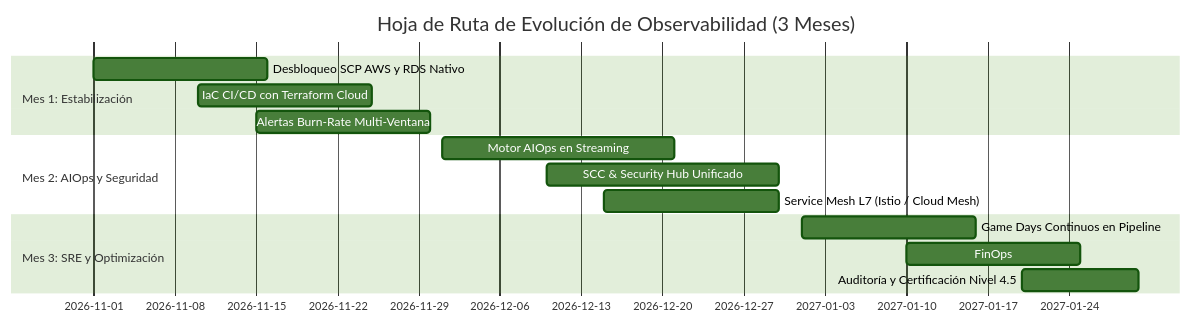
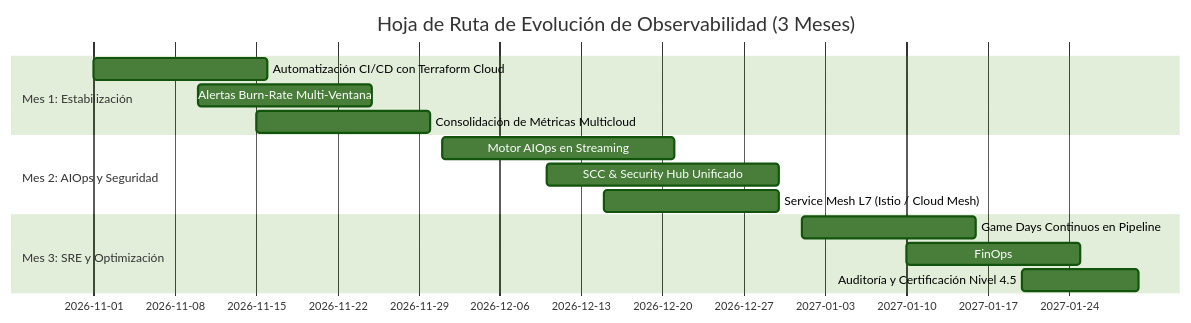
One commit to jheimar/otel-multicloud-aiops-resilience-lab changed the diagram in docs/BLUEPRINT-MADUREZ.md. Above: the diagram before and after it, drawn with Mermaid (forest theme). The commit also changed other lines of this file and 19 other files, not shown here.

Commit message:
fix(audit): harden terraform credentials, connect GCP Cloud SQL, capture AWS Flow Logs, refine dual benchmark and sync 3.9 maturity score

````diff
--- a/docs/BLUEPRINT-MADUREZ.md
+++ b/docs/BLUEPRINT-MADUREZ.md
@@ -40,17 +40,17 @@
 ```mermaid
 gantt
     title Hoja de Ruta de Evolución de Observabilidad (3 Meses)
     dateFormat  YYYY-MM-DD
     section Mes 1: Estabilización
-    Desbloqueo SCP AWS y RDS Nativo       :m1_1, 2026-11-01, 15d
-    IaC CI/CD con Terraform Cloud         :m1_2, 2026-11-10, 15d
-    Alertas Burn-Rate Multi-Ventana       :m1_3, 2026-11-15, 15d
+    Automatización CI/CD con Terraform Cloud :m1_1, 2026-11-01, 15d
+    Alertas Burn-Rate Multi-Ventana       :m1_2, 2026-11-10, 15d
+    Consolidación de Métricas Multicloud  :m1_3, 2026-11-15, 15d
     section Mes 2: AIOps y Seguridad
     Motor AIOps en Streaming              :m2_1, 2026-12-01, 20d
     SCC & Security Hub Unificado          :m2_2, 2026-12-10, 20d
     Service Mesh L7 (Istio / Cloud Mesh)  :m2_3, 2026-12-15, 15d
     section Mes 3: SRE y Optimización
     Game Days Continuos en Pipeline       :m3_1, 2027-01-01, 15d
     FinOps: Kubecost y Optimización       :m3_2, 2027-01-10, 15d
     Auditoría y Certificación Nivel 4.5   :m3_3, 2027-01-20, 10d
 ```
````
